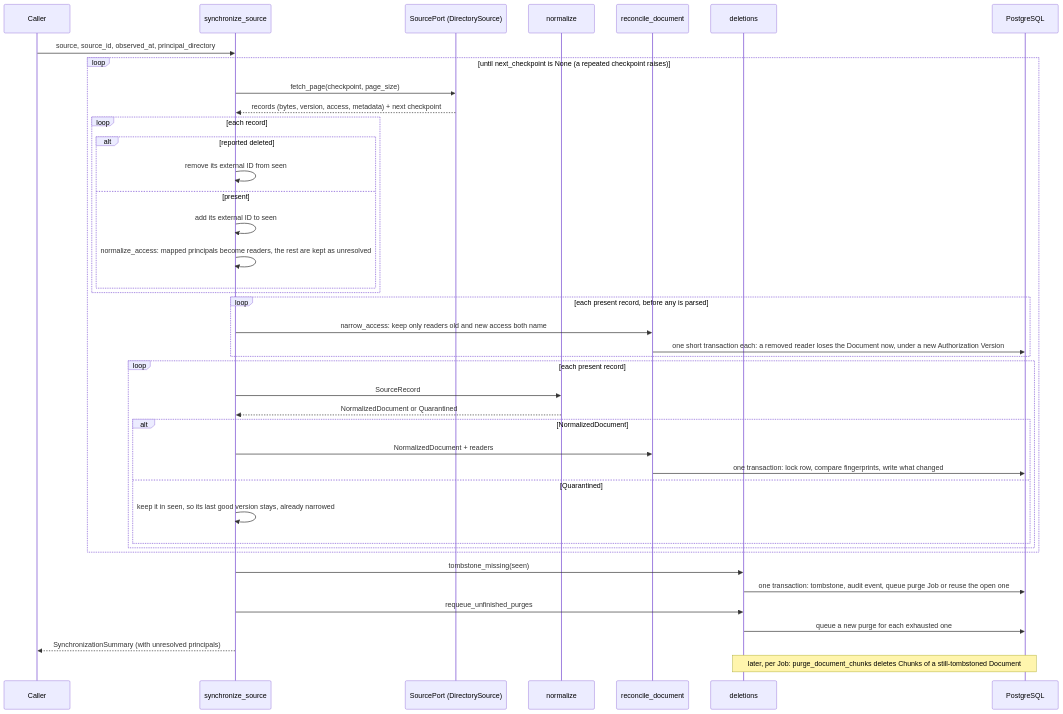
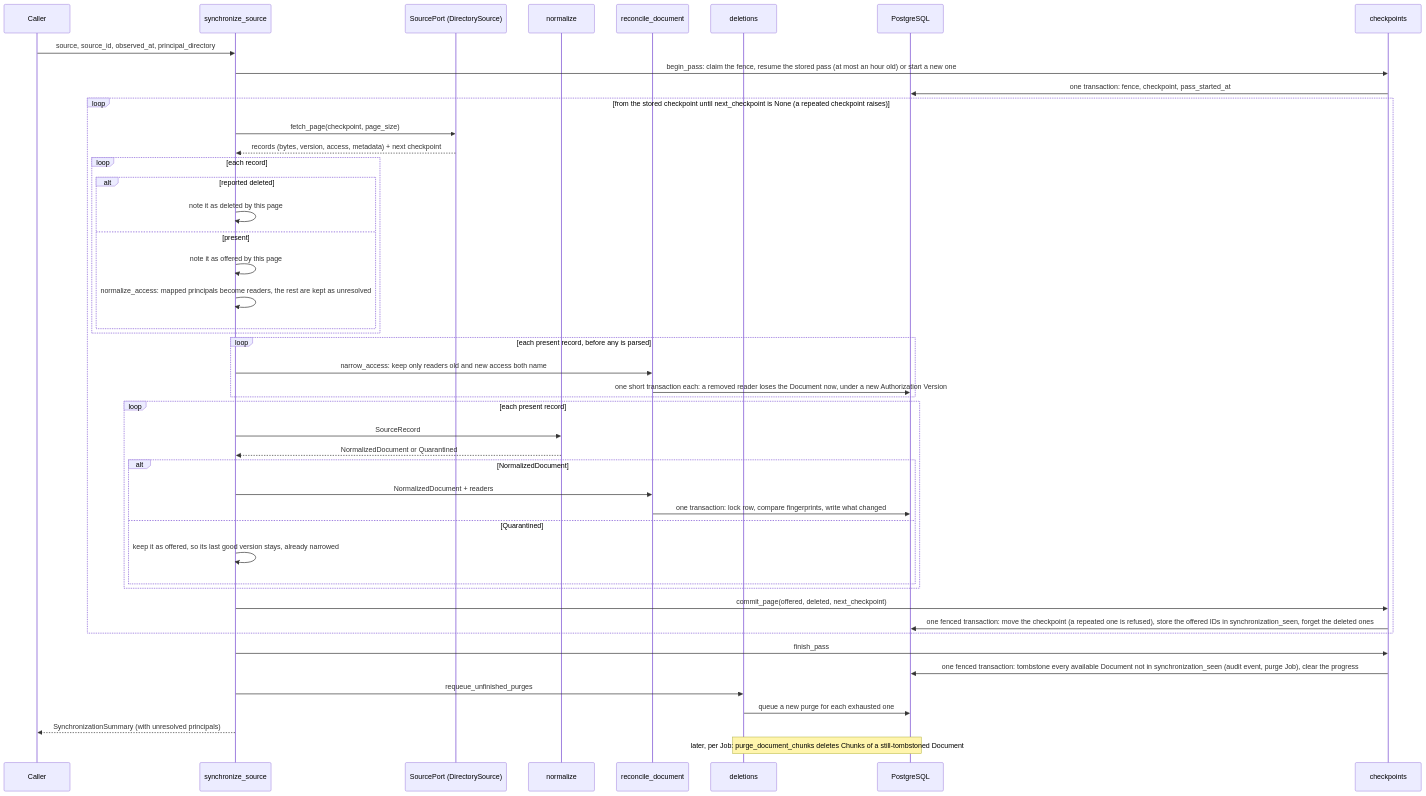
The fifth of 10 diagrams in docs/architecture.md (ivanverenich/knowledge-service), drawn with Mermaid before and after one commit. The commit also changed other lines of this file and 15 other files, not shown here.

First line of the commit message:
Implement resumable synchronization pass with checkpoint management

````diff
--- a/docs/architecture.md
+++ b/docs/architecture.md
@@ -347,43 +360,48 @@
 ```mermaid
 sequenceDiagram
     participant Caller
     participant Sync as synchronize_source
     participant Source as SourcePort (DirectorySource)
     participant Norm as normalize
     participant Rec as reconcile_document
     participant Del as deletions
     participant DB as PostgreSQL
+    participant Ckp as checkpoints
     Caller->>Sync: source, source_id, observed_at, principal_directory
-    loop until next_checkpoint is None (a repeated checkpoint raises)
+    Sync->>Ckp: begin_pass: claim the fence, resume the stored pass (at most an hour old) or start a new one
+    Ckp->>DB: one transaction: fence, checkpoint, pass_started_at
+    loop from the stored checkpoint until next_checkpoint is None (a repeated checkpoint raises)
         Sync->>Source: fetch_page(checkpoint, page_size)
         Source-->>Sync: records (bytes, version, access, metadata) + next checkpoint
         loop each record
             alt reported deleted
-                Sync->>Sync: remove its external ID from seen
+                Sync->>Sync: note it as deleted by this page
             else present
-                Sync->>Sync: add its external ID to seen
+                Sync->>Sync: note it as offered by this page
                 Sync->>Sync: normalize_access: mapped principals become readers, the rest are kept as unresolved
             end
         end
         loop each present record, before any is parsed
             Sync->>Rec: narrow_access: keep only readers old and new access both name
             Rec->>DB: one short transaction each: a removed reader loses the Document now, under a new Authorization Version
         end
         loop each present record
             Sync->>Norm: SourceRecord
             Norm-->>Sync: NormalizedDocument or Quarantined
             alt NormalizedDocument
                 Sync->>Rec: NormalizedDocument + readers
                 Rec->>DB: one transaction: lock row, compare fingerprints, write what changed
             else Quarantined
-                Sync->>Sync: keep it in seen, so its last good version stays, already narrowed
+                Sync->>Sync: keep it as offered, so its last good version stays, already narrowed
             end
         end
+        Sync->>Ckp: commit_page(offered, deleted, next_checkpoint)
+        Ckp->>DB: one fenced transaction: move the checkpoint (a repeated one is refused), store the offered IDs in synchronization_seen, forget the deleted ones
     end
-    Sync->>Del: tombstone_missing(seen)
-    Del->>DB: one transaction: tombstone, audit event, queue purge Job or reuse the open one
+    Sync->>Ckp: finish_pass
+    Ckp->>DB: one fenced transaction: tombstone every available Document not in synchronization_seen (audit event, purge Job), clear the progress
     Sync->>Del: requeue_unfinished_purges
     Del->>DB: queue a new purge for each exhausted one
     Sync-->>Caller: SynchronizationSummary (with unresolved principals)
     Note over Del,DB: later, per Job: purge_document_chunks deletes Chunks of a still-tombstoned Document
 ```
````
